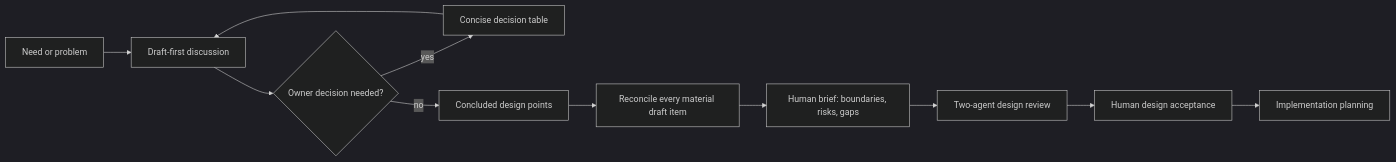
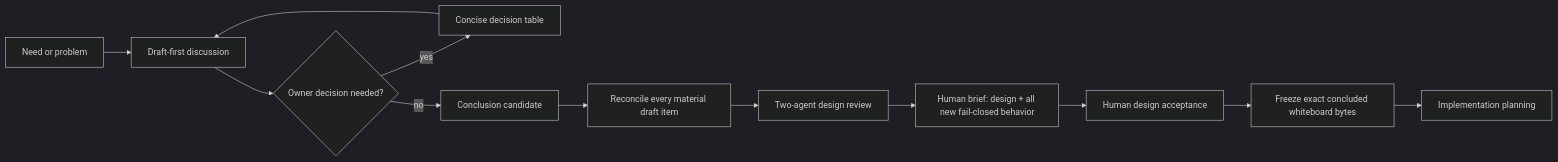
The fifth of 14 diagrams in README.md (hhhhhusky777/spec-driven-delivery-playbook), drawn with Mermaid (dark theme) before and after one commit. The commit also changed other lines of this file and 7 other files, not shown here.

Commit message:
Enforce human-authorized concluded design scope

````diff
--- a/README.md
+++ b/README.md
@@ -252,13 +252,14 @@
 ```mermaid
 flowchart LR
     N["Need or problem"] --> D["Draft-first discussion"]
     D --> Q{"Owner decision needed?"}
     Q -->|"yes"| T["Concise decision table"]
     T --> D
-    Q -->|"no"| C["Concluded design points"]
+    Q -->|"no"| C["Conclusion candidate"]
     C --> R["Reconcile every material draft item"]
-    R --> B["Human brief: boundaries, risks, gaps"]
-    B --> A["Two-agent design review"]
-    A --> H["Human design acceptance"]
-    H --> P["Implementation planning"]
+    R --> A["Two-agent design review"]
+    A --> B["Human brief: design + all new fail-closed behavior"]
+    B --> H["Human design acceptance"]
+    H --> F["Freeze exact concluded whiteboard bytes"]
+    F --> P["Implementation planning"]
 ```
````
